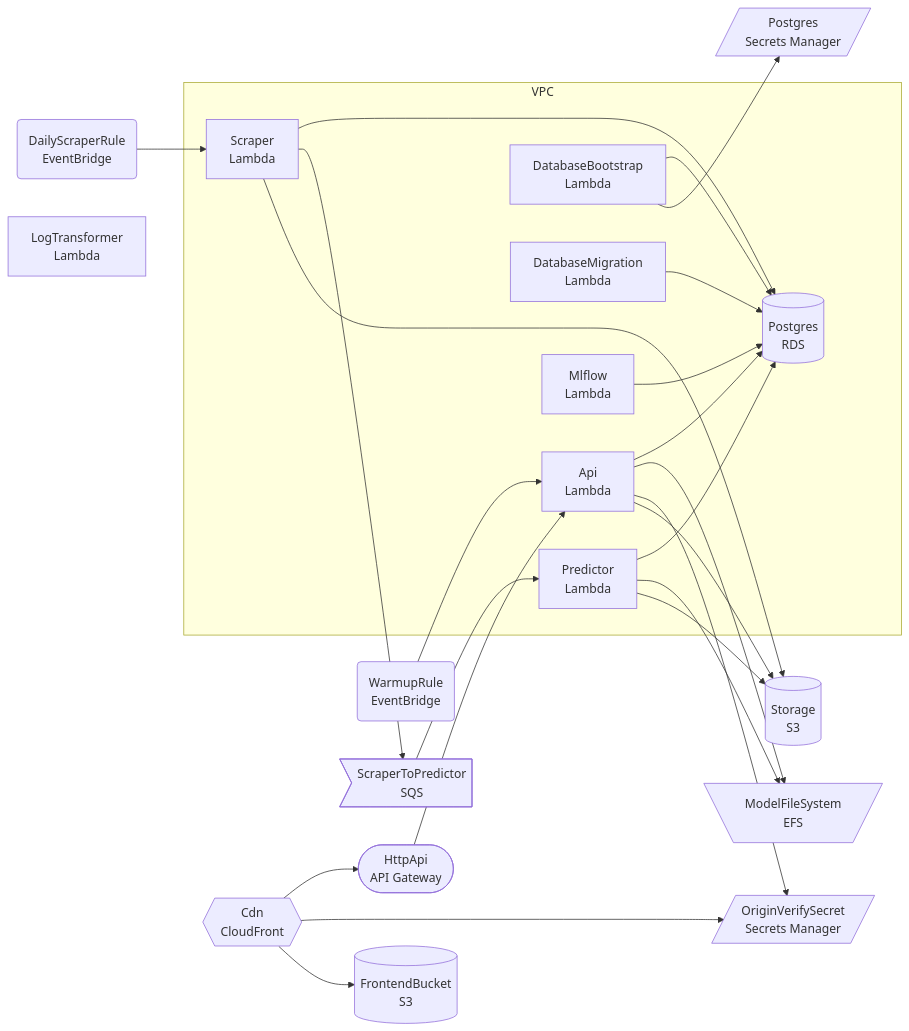
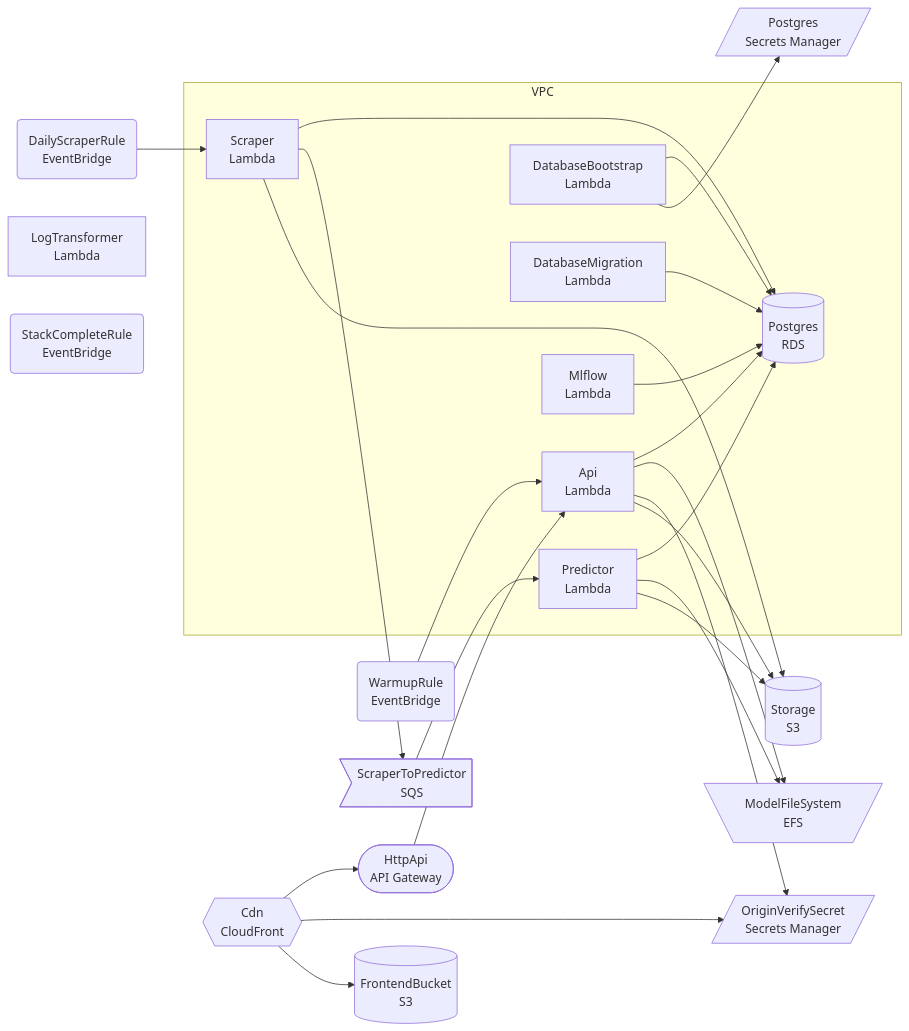
Before and after one commit to dagda1/match-predictor: the first of 2 diagrams in README.md, drawn with Mermaid. The commit also changed 2 other files, not shown here.

Commit message:
chore: update architecture diagram to reflect Step Functions orchestration for database bootstrap, add Firehose log streaming with Glue catalog integration, and expose Lambda handler functions for DatabaseBootstrap and Mlflow constructs

````diff
--- a/README.md
+++ b/README.md
@@ -95,44 +95,45 @@
 ```mermaid
 graph LR
   subgraph VPC
     ApiApiFunctionAA82C666["Api<br/>Lambda"]
     DatabaseBootstrapHandlerFunction53F1278C["DatabaseBootstrap<br/>Lambda"]
     DatabaseMigrationHandlerFunction71FE854B["DatabaseMigration<br/>Lambda"]
     DatabasePostgres277EF4CB[("Postgres<br/>RDS")]
     EtlFunctionsPredictorFunctionE33E3D43["Predictor<br/>Lambda"]
     EtlFunctionsScraperFunctionF099BA00["Scraper<br/>Lambda"]
     MlflowHandlerFunction89C90A9C["Mlflow<br/>Lambda"]
   end
   ApiHttpApi4C294DC0(["HttpApi<br/>API Gateway"])
   ApiWarmupRuleFD0BC37F("WarmupRule<br/>EventBridge")
   CdnDistribution149FA6C8{{"Cdn<br/>CloudFront"}}
   DatabasePostgresSecret6EBE3413[/"Postgres<br/>Secrets Manager"/]
   EventBridgeDailyScraperRule9BFD8304("DailyScraperRule<br/>EventBridge")
   FirehoseFunctionsLogTransformerFunctionE1614C32["LogTransformer<br/>Lambda"]
   ModelStorageModelFileSystem7131CD34[\"ModelFileSystem<br/>EFS"/]
+  PostDeployStackCompleteRuleC785A5C7("StackCompleteRule<br/>EventBridge")
   QueuingScraperToPredictor12C65B00>"ScraperToPredictor<br/>SQS"]
   SecretsOriginVerifySecret2207D00B[/"OriginVerifySecret<br/>Secrets Manager"/]
   StorageBucket5CB7C8EA[("Storage<br/>S3")]
   StorageFrontendBucketC065FEEF[("FrontendBucket<br/>S3")]
   ApiApiFunctionAA82C666 --> DatabasePostgres277EF4CB
   ApiApiFunctionAA82C666 --> ModelStorageModelFileSystem7131CD34
   ApiApiFunctionAA82C666 --> SecretsOriginVerifySecret2207D00B
   ApiApiFunctionAA82C666 --> StorageBucket5CB7C8EA
   ApiHttpApi4C294DC0 --> ApiApiFunctionAA82C666
   ApiWarmupRuleFD0BC37F --> ApiApiFunctionAA82C666
   CdnDistribution149FA6C8 --> ApiHttpApi4C294DC0
   CdnDistribution149FA6C8 --> SecretsOriginVerifySecret2207D00B
   CdnDistribution149FA6C8 --> StorageFrontendBucketC065FEEF
   DatabaseBootstrapHandlerFunction53F1278C --> DatabasePostgres277EF4CB
   DatabaseBootstrapHandlerFunction53F1278C --> DatabasePostgresSecret6EBE3413
   DatabaseMigrationHandlerFunction71FE854B --> DatabasePostgres277EF4CB
   EtlFunctionsPredictorFunctionE33E3D43 --> DatabasePostgres277EF4CB
   EtlFunctionsPredictorFunctionE33E3D43 --> ModelStorageModelFileSystem7131CD34
   EtlFunctionsPredictorFunctionE33E3D43 --> StorageBucket5CB7C8EA
   EtlFunctionsScraperFunctionF099BA00 --> DatabasePostgres277EF4CB
   EtlFunctionsScraperFunctionF099BA00 --> QueuingScraperToPredictor12C65B00
   EtlFunctionsScraperFunctionF099BA00 --> StorageBucket5CB7C8EA
   EventBridgeDailyScraperRule9BFD8304 --> EtlFunctionsScraperFunctionF099BA00
   MlflowHandlerFunction89C90A9C --> DatabasePostgres277EF4CB
   QueuingScraperToPredictor12C65B00 --> EtlFunctionsPredictorFunctionE33E3D43
 ```
````
